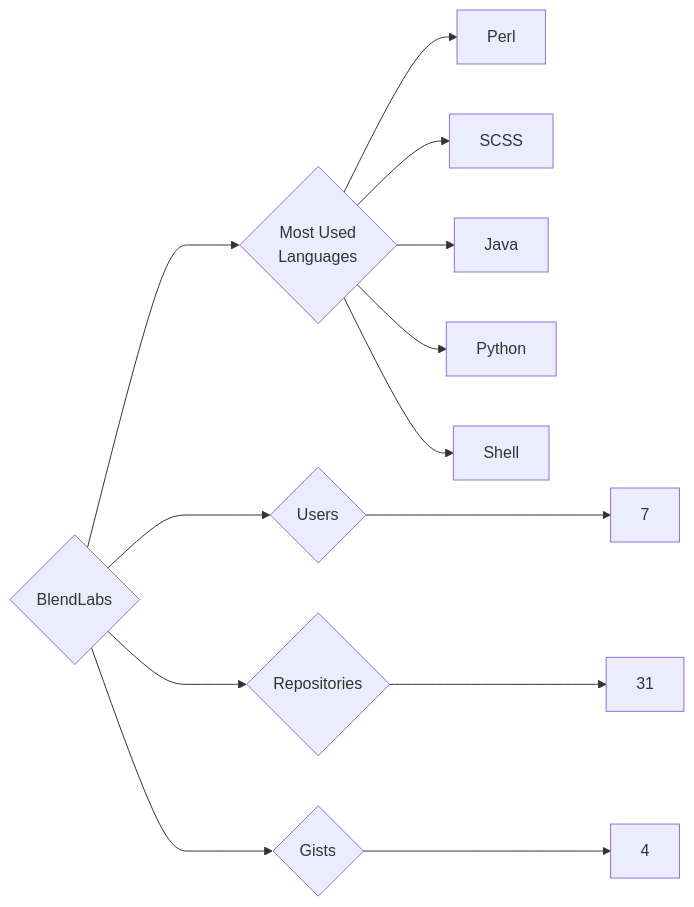
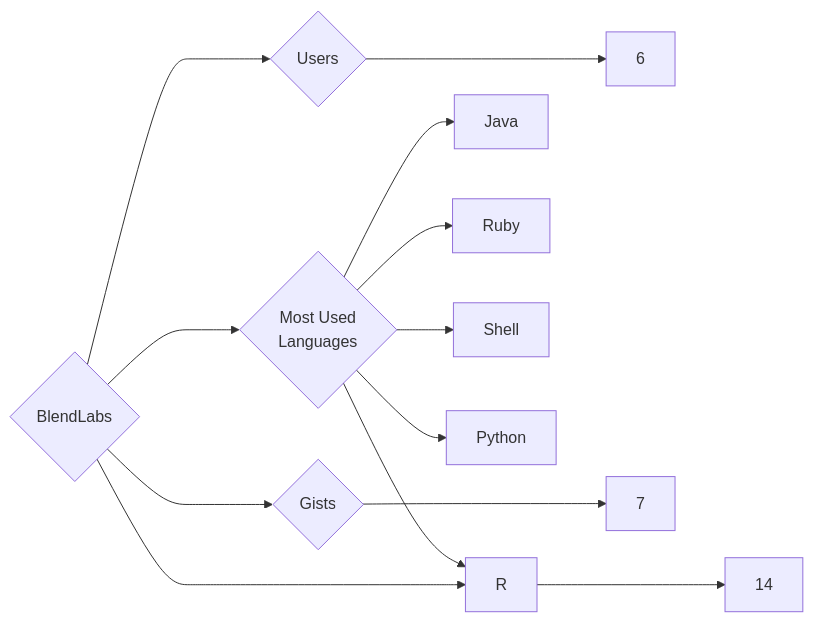
One commit to trickest/insiders changed the diagram in targets/BlendLabs/README.md. Above: the diagram before and after it, drawn with Mermaid. The commit also changed 1167 other files, not shown here.

````diff
--- a/targets/BlendLabs/README.md
+++ b/targets/BlendLabs/README.md
@@ -3,13 +3,13 @@
 ```mermaid
 graph LR
 COMPANY_NAME{BlendLabs}
-COMPANY_NAME ---> U{Users} ---> UN[7]
-COMPANY_NAME ---> R{Repositories} ---> RN[31]
-COMPANY_NAME ---> G{Gists} ---> GN[4]
+COMPANY_NAME ---> U{Users} ---> UN[6]
+COMPANY_NAME ---> R{Repositories} ---> RN[14]
+COMPANY_NAME ---> G{Gists} ---> GN[7]
 COMPANY_NAME ---> ML{Most Used<br>Languages}
-ML --> Perl[Perl]
-ML --> SCSS[SCSS]
 ML --> Java[Java]
+ML --> Ruby[Ruby]
+ML --> Shell[Shell]
+ML --> R[R]
 ML --> Python[Python]
-ML --> Shell[Shell]
 ```
````
